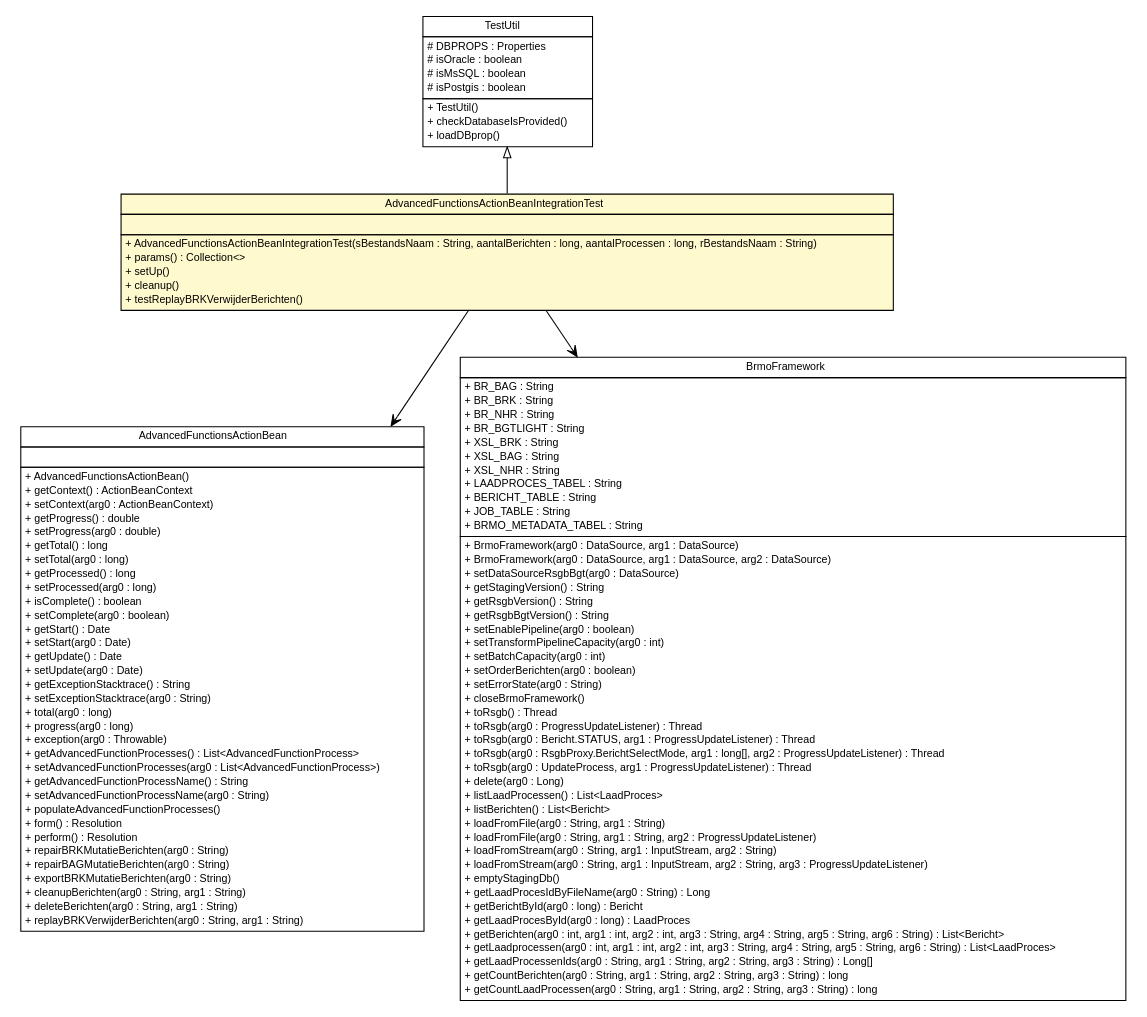
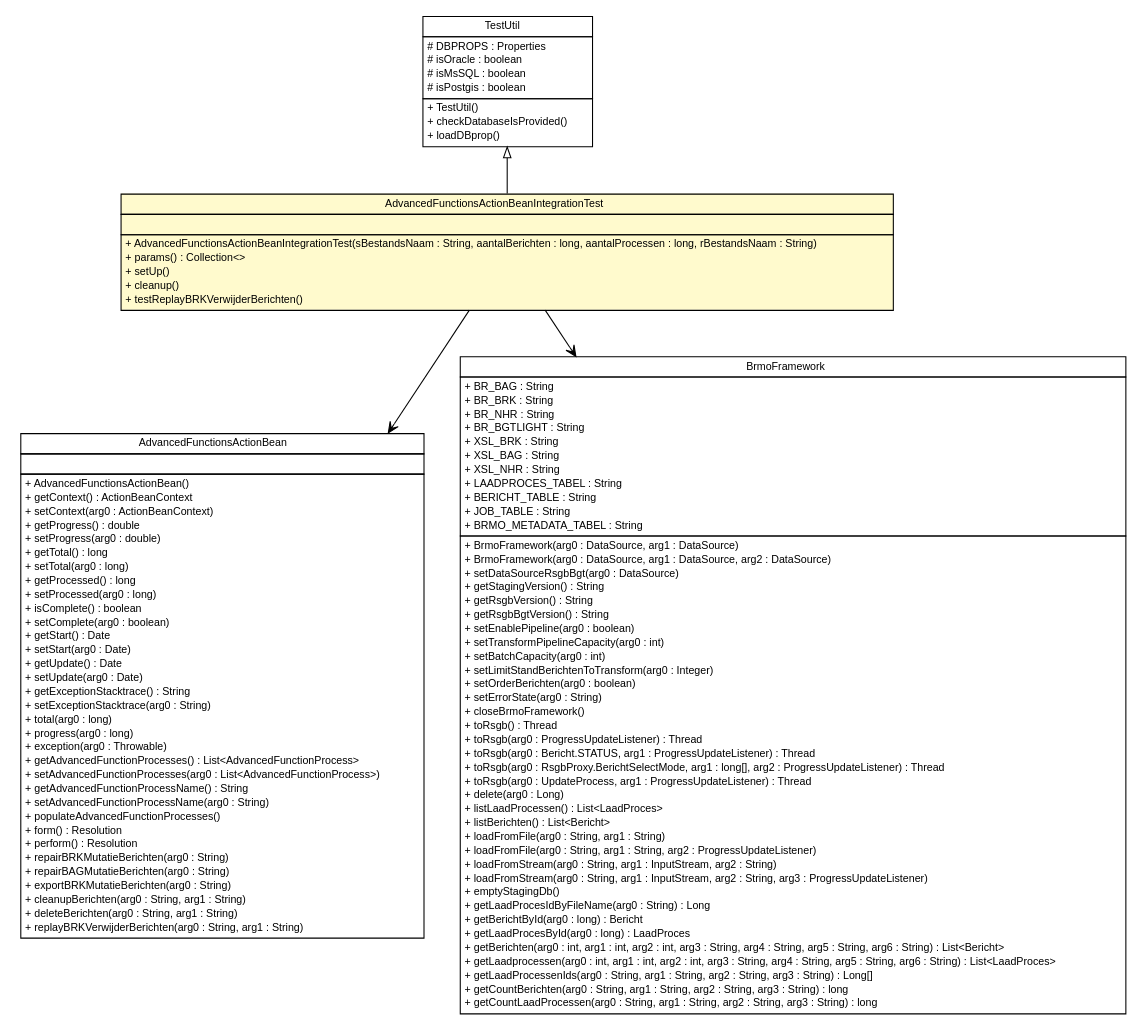
The diagram in brmo-service/testapidocs/nl/b3p/brmo/service/stripes/AdvancedFunctionsActionBeanIntegrationTest.dot (B3Partners/brmo), drawn with Graphviz before and after one commit. The commit also changed 257 other files, not shown here.

```diff
--- a/brmo-service/testapidocs/nl/b3p/brmo/service/stripes/AdvancedFunctionsActionBeanIntegrationTest.dot
+++ b/brmo-service/testapidocs/nl/b3p/brmo/service/stripes/AdvancedFunctionsActionBeanIntegrationTest.dot
@@ -1,149 +1,150 @@
 #!/usr/local/bin/dot
 #
 # Class diagram 
 # Generated by UMLGraph version R5_6-24-gf6e263 (http://www.umlgraph.org/)
 #
 
 digraph G {
 	edge [fontname="Helvetica",fontsize=10,labelfontname="Helvetica",labelfontsize=10];
 	node [fontname="Helvetica",fontsize=10,shape=plaintext];
 	nodesep=0.25;
 	ranksep=0.5;
 	// nl.b3p.brmo.service.stripes.AdvancedFunctionsActionBeanIntegrationTest
-	c29 [label=<<table title="nl.b3p.brmo.service.stripes.AdvancedFunctionsActionBeanIntegrationTest" border="0" cellborder="1" cellspacing="0" cellpadding="2" port="p" bgcolor="lemonChiffon" href="./AdvancedFunctionsActionBeanIntegrationTest.html">
+	c26 [label=<<table title="nl.b3p.brmo.service.stripes.AdvancedFunctionsActionBeanIntegrationTest" border="0" cellborder="1" cellspacing="0" cellpadding="2" port="p" bgcolor="lemonChiffon" href="./AdvancedFunctionsActionBeanIntegrationTest.html">
 		<tr><td><table border="0" cellspacing="0" cellpadding="1">
 <tr><td align="center" balign="center"> AdvancedFunctionsActionBeanIntegrationTest </td></tr>
 		</table></td></tr>
 		<tr><td><table border="0" cellspacing="0" cellpadding="1">
 <tr><td align="left" balign="left">  </td></tr>
 		</table></td></tr>
 		<tr><td><table border="0" cellspacing="0" cellpadding="1">
 <tr><td align="left" balign="left"> + AdvancedFunctionsActionBeanIntegrationTest(sBestandsNaam : String, aantalBerichten : long, aantalProcessen : long, rBestandsNaam : String) </td></tr>
 <tr><td align="left" balign="left"> + params() : Collection&lt;&gt; </td></tr>
 <tr><td align="left" balign="left"> + setUp() </td></tr>
 <tr><td align="left" balign="left"> + cleanup() </td></tr>
 <tr><td align="left" balign="left"> + testReplayBRKVerwijderBerichten() </td></tr>
 		</table></td></tr>
 		</table>>, URL="./AdvancedFunctionsActionBeanIntegrationTest.html", fontname="Helvetica", fontcolor="black", fontsize=10.0];
 	// nl.b3p.brmo.service.testutil.TestUtil
-	c33 [label=<<table title="nl.b3p.brmo.service.testutil.TestUtil" border="0" cellborder="1" cellspacing="0" cellpadding="2" port="p" href="../testutil/TestUtil.html">
+	c28 [label=<<table title="nl.b3p.brmo.service.testutil.TestUtil" border="0" cellborder="1" cellspacing="0" cellpadding="2" port="p" href="../testutil/TestUtil.html">
 		<tr><td><table border="0" cellspacing="0" cellpadding="1">
 <tr><td align="center" balign="center"> TestUtil </td></tr>
 		</table></td></tr>
 		<tr><td><table border="0" cellspacing="0" cellpadding="1">
 <tr><td align="left" balign="left"> # DBPROPS : Properties </td></tr>
 <tr><td align="left" balign="left"> # isOracle : boolean </td></tr>
 <tr><td align="left" balign="left"> # isMsSQL : boolean </td></tr>
 <tr><td align="left" balign="left"> # isPostgis : boolean </td></tr>
 		</table></td></tr>
 		<tr><td><table border="0" cellspacing="0" cellpadding="1">
 <tr><td align="left" balign="left"> + TestUtil() </td></tr>
 <tr><td align="left" balign="left"> + checkDatabaseIsProvided() </td></tr>
 <tr><td align="left" balign="left"> + loadDBprop() </td></tr>
 		</table></td></tr>
 		</table>>, URL="../testutil/TestUtil.html", fontname="Helvetica", fontcolor="black", fontsize=10.0];
 	//nl.b3p.brmo.service.stripes.AdvancedFunctionsActionBeanIntegrationTest extends nl.b3p.brmo.service.testutil.TestUtil
-	c33:p -> c29:p [dir=back,arrowtail=empty];
+	c28:p -> c26:p [dir=back,arrowtail=empty];
 	// nl.b3p.brmo.service.stripes.AdvancedFunctionsActionBeanIntegrationTest NAVASSOC nl.b3p.brmo.service.stripes.AdvancedFunctionsActionBean
-	c29:p -> c39:p [taillabel="", label="", headlabel="", fontname="Helvetica", fontcolor="black", fontsize=10.0, color="black", arrowhead=open];
+	c26:p -> c34:p [taillabel="", label="", headlabel="", fontname="Helvetica", fontcolor="black", fontsize=10.0, color="black", arrowhead=open];
 	// nl.b3p.brmo.service.stripes.AdvancedFunctionsActionBeanIntegrationTest NAVASSOC nl.b3p.brmo.loader.BrmoFramework
-	c29:p -> c43:p [taillabel="", label="", headlabel="", fontname="Helvetica", fontcolor="black", fontsize=10.0, color="black", arrowhead=open];
+	c26:p -> c38:p [taillabel="", label="", headlabel="", fontname="Helvetica", fontcolor="black", fontsize=10.0, color="black", arrowhead=open];
 	// nl.b3p.brmo.loader.BrmoFramework
-	c43 [label=<<table title="nl.b3p.brmo.loader.BrmoFramework" border="0" cellborder="1" cellspacing="0" cellpadding="2" port="p">
+	c38 [label=<<table title="nl.b3p.brmo.loader.BrmoFramework" border="0" cellborder="1" cellspacing="0" cellpadding="2" port="p">
 		<tr><td><table border="0" cellspacing="0" cellpadding="1">
 <tr><td align="center" balign="center"> BrmoFramework </td></tr>
 		</table></td></tr>
 		<tr><td><table border="0" cellspacing="0" cellpadding="1">
 <tr><td align="left" balign="left"> + BR_BAG : String </td></tr>
 <tr><td align="left" balign="left"> + BR_BRK : String </td></tr>
 <tr><td align="left" balign="left"> + BR_NHR : String </td></tr>
 <tr><td align="left" balign="left"> + BR_BGTLIGHT : String </td></tr>
 <tr><td align="left" balign="left"> + XSL_BRK : String </td></tr>
 <tr><td align="left" balign="left"> + XSL_BAG : String </td></tr>
 <tr><td align="left" balign="left"> + XSL_NHR : String </td></tr>
 <tr><td align="left" balign="left"> + LAADPROCES_TABEL : String </td></tr>
 <tr><td align="left" balign="left"> + BERICHT_TABLE : String </td></tr>
 <tr><td align="left" balign="left"> + JOB_TABLE : String </td></tr>
 <tr><td align="left" balign="left"> + BRMO_METADATA_TABEL : String </td></tr>
 		</table></td></tr>
 		<tr><td><table border="0" cellspacing="0" cellpadding="1">
 <tr><td align="left" balign="left"> + BrmoFramework(arg0 : DataSource, arg1 : DataSource) </td></tr>
 <tr><td align="left" balign="left"> + BrmoFramework(arg0 : DataSource, arg1 : DataSource, arg2 : DataSource) </td></tr>
 <tr><td align="left" balign="left"> + setDataSourceRsgbBgt(arg0 : DataSource) </td></tr>
 <tr><td align="left" balign="left"> + getStagingVersion() : String </td></tr>
 <tr><td align="left" balign="left"> + getRsgbVersion() : String </td></tr>
 <tr><td align="left" balign="left"> + getRsgbBgtVersion() : String </td></tr>
 <tr><td align="left" balign="left"> + setEnablePipeline(arg0 : boolean) </td></tr>
 <tr><td align="left" balign="left"> + setTransformPipelineCapacity(arg0 : int) </td></tr>
 <tr><td align="left" balign="left"> + setBatchCapacity(arg0 : int) </td></tr>
+<tr><td align="left" balign="left"> + setLimitStandBerichtenToTransform(arg0 : Integer) </td></tr>
 <tr><td align="left" balign="left"> + setOrderBerichten(arg0 : boolean) </td></tr>
 <tr><td align="left" balign="left"> + setErrorState(arg0 : String) </td></tr>
 <tr><td align="left" balign="left"> + closeBrmoFramework() </td></tr>
 <tr><td align="left" balign="left"> + toRsgb() : Thread </td></tr>
 <tr><td align="left" balign="left"> + toRsgb(arg0 : ProgressUpdateListener) : Thread </td></tr>
 <tr><td align="left" balign="left"> + toRsgb(arg0 : Bericht.STATUS, arg1 : ProgressUpdateListener) : Thread </td></tr>
 <tr><td align="left" balign="left"> + toRsgb(arg0 : RsgbProxy.BerichtSelectMode, arg1 : long[], arg2 : ProgressUpdateListener) : Thread </td></tr>
 <tr><td align="left" balign="left"> + toRsgb(arg0 : UpdateProcess, arg1 : ProgressUpdateListener) : Thread </td></tr>
 <tr><td align="left" balign="left"> + delete(arg0 : Long) </td></tr>
 <tr><td align="left" balign="left"> + listLaadProcessen() : List&lt;LaadProces&gt; </td></tr>
 <tr><td align="left" balign="left"> + listBerichten() : List&lt;Bericht&gt; </td></tr>
 <tr><td align="left" balign="left"> + loadFromFile(arg0 : String, arg1 : String) </td></tr>
 <tr><td align="left" balign="left"> + loadFromFile(arg0 : String, arg1 : String, arg2 : ProgressUpdateListener) </td></tr>
 <tr><td align="left" balign="left"> + loadFromStream(arg0 : String, arg1 : InputStream, arg2 : String) </td></tr>
 <tr><td align="left" balign="left"> + loadFromStream(arg0 : String, arg1 : InputStream, arg2 : String, arg3 : ProgressUpdateListener) </td></tr>
 <tr><td align="left" balign="left"> + emptyStagingDb() </td></tr>
 <tr><td align="left" balign="left"> + getLaadProcesIdByFileName(arg0 : String) : Long </td></tr>
 <tr><td align="left" balign="left"> + getBerichtById(arg0 : long) : Bericht </td></tr>
 <tr><td align="left" balign="left"> + getLaadProcesById(arg0 : long) : LaadProces </td></tr>
 <tr><td align="left" balign="left"> + getBerichten(arg0 : int, arg1 : int, arg2 : int, arg3 : String, arg4 : String, arg5 : String, arg6 : String) : List&lt;Bericht&gt; </td></tr>
 <tr><td align="left" balign="left"> + getLaadprocessen(arg0 : int, arg1 : int, arg2 : int, arg3 : String, arg4 : String, arg5 : String, arg6 : String) : List&lt;LaadProces&gt; </td></tr>
 <tr><td align="left" balign="left"> + getLaadProcessenIds(arg0 : String, arg1 : String, arg2 : String, arg3 : String) : Long[] </td></tr>
 <tr><td align="left" balign="left"> + getCountBerichten(arg0 : String, arg1 : String, arg2 : String, arg3 : String) : long </td></tr>
 <tr><td align="left" balign="left"> + getCountLaadProcessen(arg0 : String, arg1 : String, arg2 : String, arg3 : String) : long </td></tr>
 		</table></td></tr>
 		</table>>, URL="null", fontname="Helvetica", fontcolor="black", fontsize=10.0];
 	// nl.b3p.brmo.service.stripes.AdvancedFunctionsActionBean
-	c39 [label=<<table title="nl.b3p.brmo.service.stripes.AdvancedFunctionsActionBean" border="0" cellborder="1" cellspacing="0" cellpadding="2" port="p">
+	c34 [label=<<table title="nl.b3p.brmo.service.stripes.AdvancedFunctionsActionBean" border="0" cellborder="1" cellspacing="0" cellpadding="2" port="p">
 		<tr><td><table border="0" cellspacing="0" cellpadding="1">
 <tr><td align="center" balign="center"> AdvancedFunctionsActionBean </td></tr>
 		</table></td></tr>
 		<tr><td><table border="0" cellspacing="0" cellpadding="1">
 <tr><td align="left" balign="left">  </td></tr>
 		</table></td></tr>
 		<tr><td><table border="0" cellspacing="0" cellpadding="1">
 <tr><td align="left" balign="left"> + AdvancedFunctionsActionBean() </td></tr>
 <tr><td align="left" balign="left"> + getContext() : ActionBeanContext </td></tr>
 <tr><td align="left" balign="left"> + setContext(arg0 : ActionBeanContext) </td></tr>
 <tr><td align="left" balign="left"> + getProgress() : double </td></tr>
 <tr><td align="left" balign="left"> + setProgress(arg0 : double) </td></tr>
 <tr><td align="left" balign="left"> + getTotal() : long </td></tr>
 <tr><td align="left" balign="left"> + setTotal(arg0 : long) </td></tr>
 <tr><td align="left" balign="left"> + getProcessed() : long </td></tr>
 <tr><td align="left" balign="left"> + setProcessed(arg0 : long) </td></tr>
 <tr><td align="left" balign="left"> + isComplete() : boolean </td></tr>
 <tr><td align="left" balign="left"> + setComplete(arg0 : boolean) </td></tr>
 <tr><td align="left" balign="left"> + getStart() : Date </td></tr>
 <tr><td align="left" balign="left"> + setStart(arg0 : Date) </td></tr>
 <tr><td align="left" balign="left"> + getUpdate() : Date </td></tr>
 <tr><td align="left" balign="left"> + setUpdate(arg0 : Date) </td></tr>
 <tr><td align="left" balign="left"> + getExceptionStacktrace() : String </td></tr>
 <tr><td align="left" balign="left"> + setExceptionStacktrace(arg0 : String) </td></tr>
 <tr><td align="left" balign="left"> + total(arg0 : long) </td></tr>
 <tr><td align="left" balign="left"> + progress(arg0 : long) </td></tr>
 <tr><td align="left" balign="left"> + exception(arg0 : Throwable) </td></tr>
 <tr><td align="left" balign="left"> + getAdvancedFunctionProcesses() : List&lt;AdvancedFunctionProcess&gt; </td></tr>
 <tr><td align="left" balign="left"> + setAdvancedFunctionProcesses(arg0 : List&lt;AdvancedFunctionProcess&gt;) </td></tr>
 <tr><td align="left" balign="left"> + getAdvancedFunctionProcessName() : String </td></tr>
 <tr><td align="left" balign="left"> + setAdvancedFunctionProcessName(arg0 : String) </td></tr>
 <tr><td align="left" balign="left"> + populateAdvancedFunctionProcesses() </td></tr>
 <tr><td align="left" balign="left"> + form() : Resolution </td></tr>
 <tr><td align="left" balign="left"> + perform() : Resolution </td></tr>
 <tr><td align="left" balign="left"> + repairBRKMutatieBerichten(arg0 : String) </td></tr>
 <tr><td align="left" balign="left"> + repairBAGMutatieBerichten(arg0 : String) </td></tr>
 <tr><td align="left" balign="left"> + exportBRKMutatieBerichten(arg0 : String) </td></tr>
 <tr><td align="left" balign="left"> + cleanupBerichten(arg0 : String, arg1 : String) </td></tr>
 <tr><td align="left" balign="left"> + deleteBerichten(arg0 : String, arg1 : String) </td></tr>
 <tr><td align="left" balign="left"> + replayBRKVerwijderBerichten(arg0 : String, arg1 : String) </td></tr>
 		</table></td></tr>
 		</table>>, URL="null", fontname="Helvetica", fontcolor="black", fontsize=10.0];
 }
```
